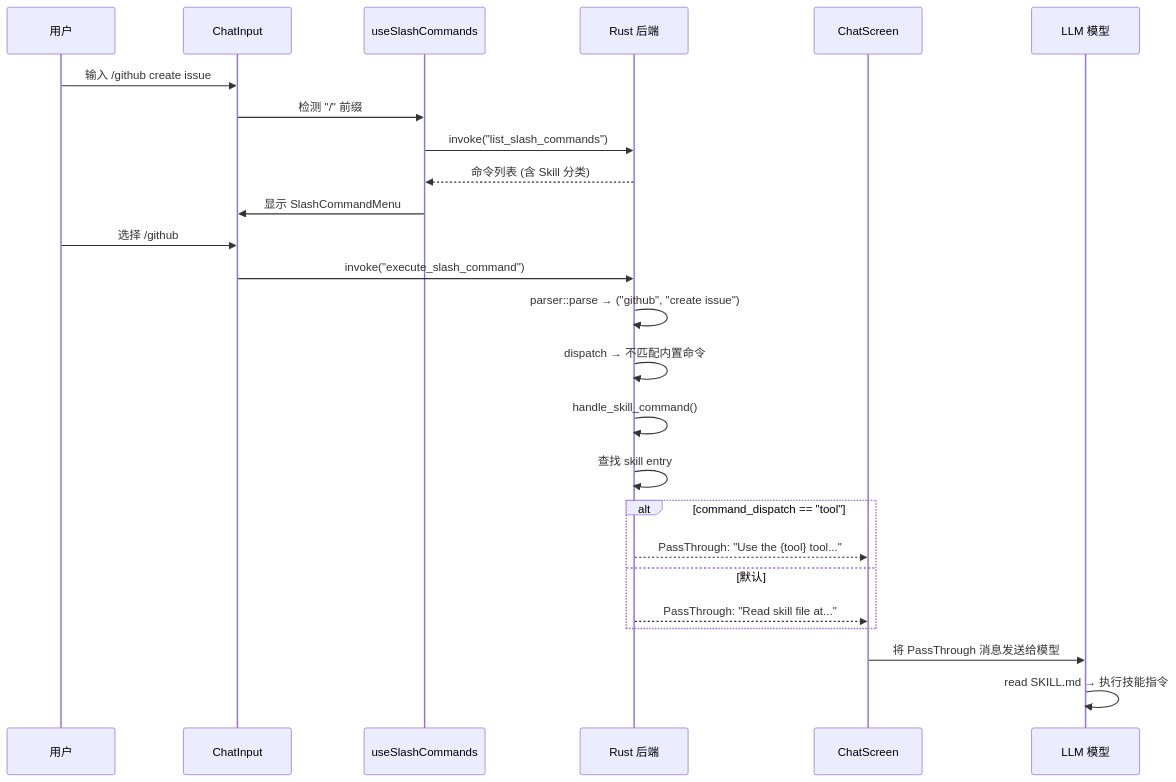
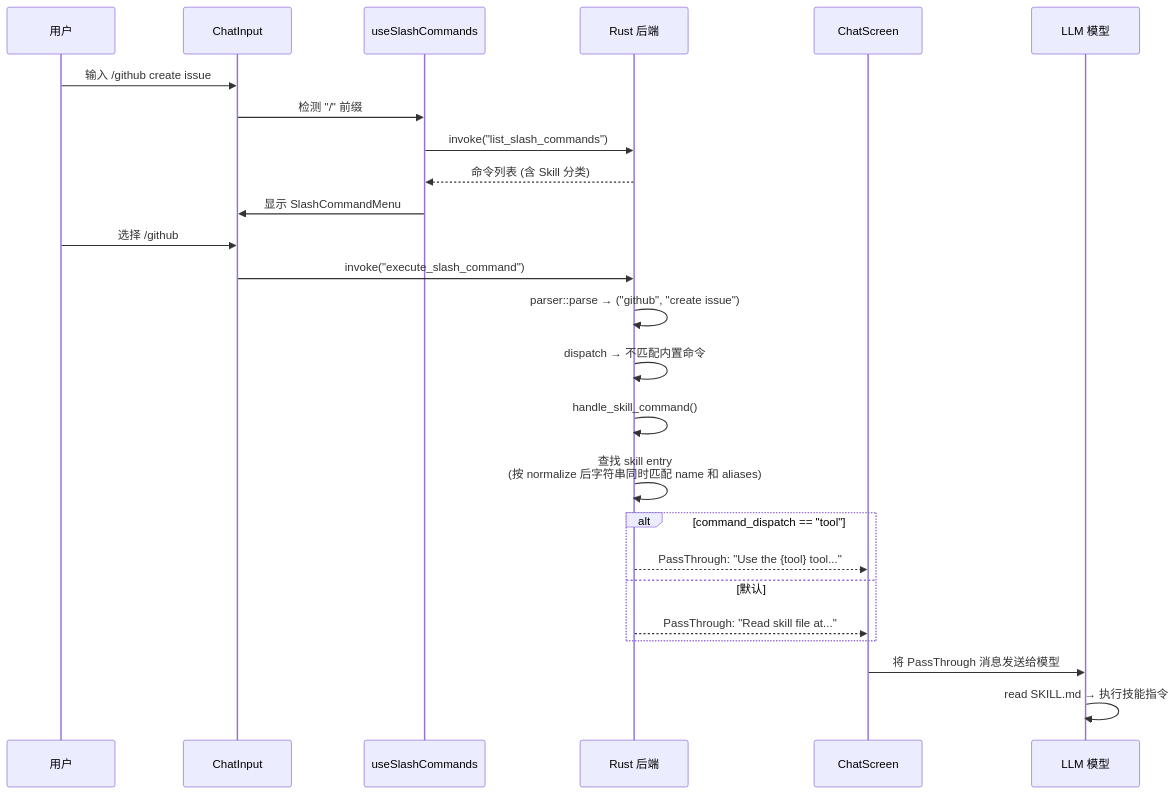
Before and after one commit to shiwenwen/hope-agent: diagram 13 of 18 in docs/architecture/skill-system.md, drawn with Mermaid. The commit also changed other lines of this file, not shown here.

First line of the commit message:
docs(skills): skill-system.md 同步新增 frontmatter 字段 + 脚手架

````diff
--- a/docs/architecture/skill-system.md
+++ b/docs/architecture/skill-system.md
@@ -1006,31 +1039,31 @@
 ```mermaid
 sequenceDiagram
     participant U as 用户
     participant CI as ChatInput
     participant HOOK as useSlashCommands
     participant BE as Rust 后端
     participant CS as ChatScreen
     participant LLM as LLM 模型
 
     U->>CI: 输入 /github create issue
     CI->>HOOK: 检测 "/" 前缀
     HOOK->>BE: invoke("list_slash_commands")
     BE-->>HOOK: 命令列表 (含 Skill 分类)
     HOOK->>CI: 显示 SlashCommandMenu
     U->>CI: 选择 /github
     CI->>BE: invoke("execute_slash_command")
 
     BE->>BE: parser::parse → ("github", "create issue")
     BE->>BE: dispatch → 不匹配内置命令
     BE->>BE: handle_skill_command()
-    BE->>BE: 查找 skill entry
+    BE->>BE: 查找 skill entry<br/>(按 normalize 后字符串同时匹配 name 和 aliases)
 
     alt command_dispatch == "tool"
         BE-->>CS: PassThrough: "Use the {tool} tool..."
     else 默认
         BE-->>CS: PassThrough: "Read skill file at..."
     end
 
     CS->>LLM: 将 PassThrough 消息发送给模型
     LLM->>LLM: read SKILL.md → 执行技能指令
 ```
````
